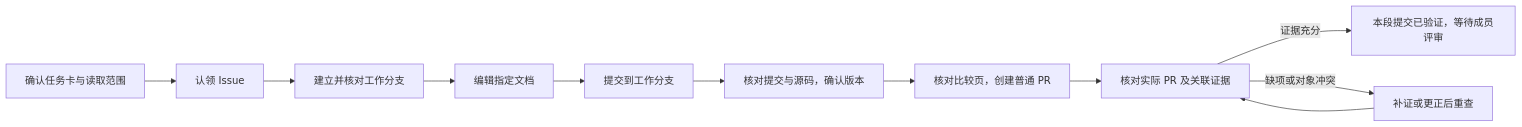
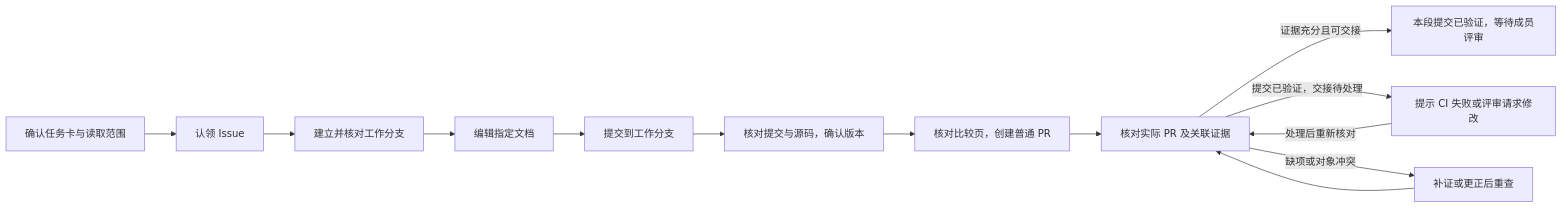
One commit to chuzhitairan/webguide-ai changed the diagram in docs/design/WebGuideAI-引导交互-v0.1.md. Above: the diagram before and after it, drawn with Mermaid. The commit also changed other lines of this file and 15 other files, not shown here.

````diff
--- a/docs/design/WebGuideAI-引导交互-v0.1.md
+++ b/docs/design/WebGuideAI-引导交互-v0.1.md
@@ -53,13 +53,15 @@
 ```mermaid
 flowchart LR
     A[确认任务卡与读取范围] --> B[认领 Issue]
     B --> C[建立并核对工作分支]
     C --> D[编辑指定文档]
     D --> E[提交到工作分支]
     E --> F[核对提交与源码，确认版本]
     F --> G[核对比较页，创建普通 PR]
     G --> H[核对实际 PR 及关联证据]
-    H -->|证据充分| I[本段提交已验证，等待成员评审]
+    H -->|证据充分且可交接| I[本段提交已验证，等待成员评审]
+    H -->|提交已验证，交接待处理| K[提示 CI 失败或评审请求修改]
+    K -->|处理后重新核对| H
     H -->|缺项或对象冲突| J[补证或更正后重查]
     J --> H
 ```
````
